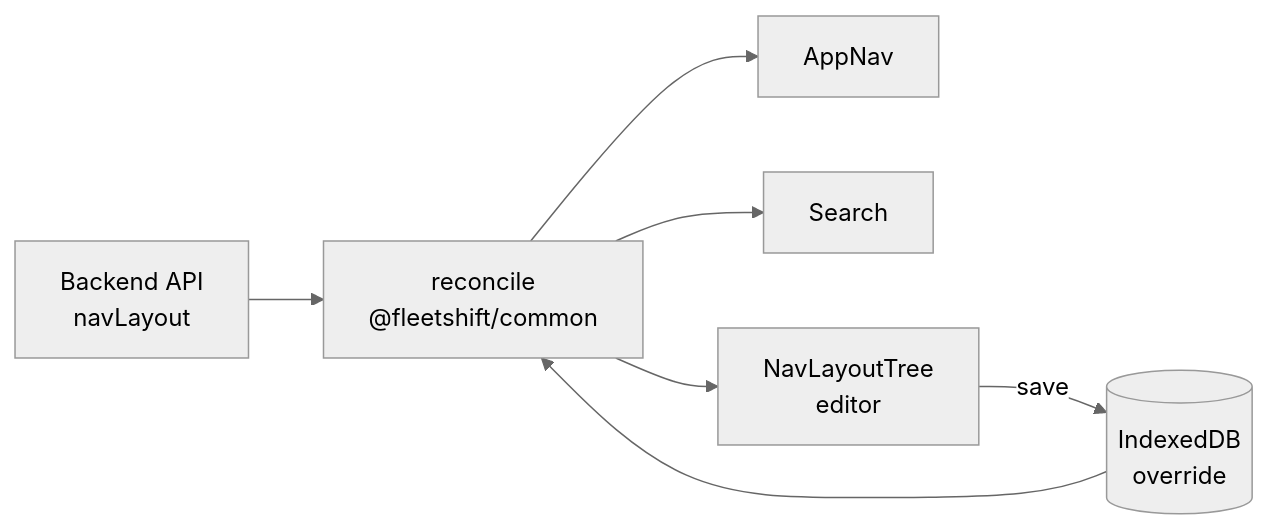
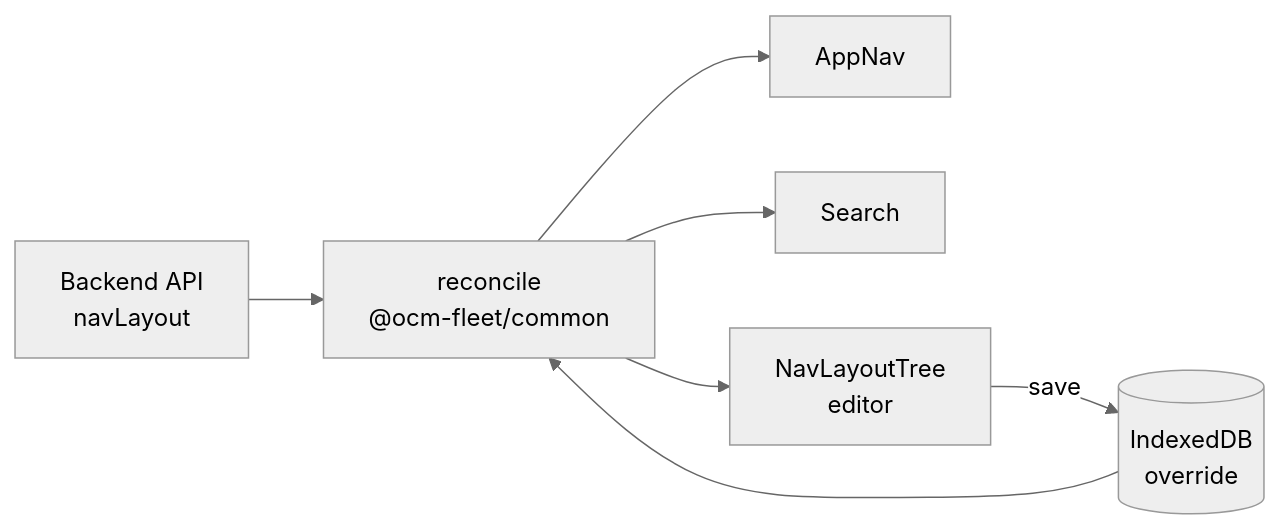
The third of 3 diagrams in docs/ui/nav-customization.md (fleetshift/fleetshift-poc), drawn with Mermaid (neutral theme) before and after one commit. The commit also changed other lines of this file and 1079 other files, not shown here.

First line of the commit message:
FM-100: Rename retained repository for experimental OCM Fleet (#191)

````diff
--- a/docs/ui/nav-customization.md
+++ b/docs/ui/nav-customization.md
@@ -313,9 +313,9 @@
 ```mermaid
 flowchart LR
-    BE["Backend API<br/>navLayout"] --> R["reconcile<br/>@fleetshift/common"]
+    BE["Backend API<br/>navLayout"] --> R["reconcile<br/>@ocm-fleet/common"]
     IDB[("IndexedDB<br/>override")] --> R
     R --> AN[AppNav]
     R --> S[Search]
     R --> T[NavLayoutTree\neditor]
     T -- save --> IDB
 ```
````
